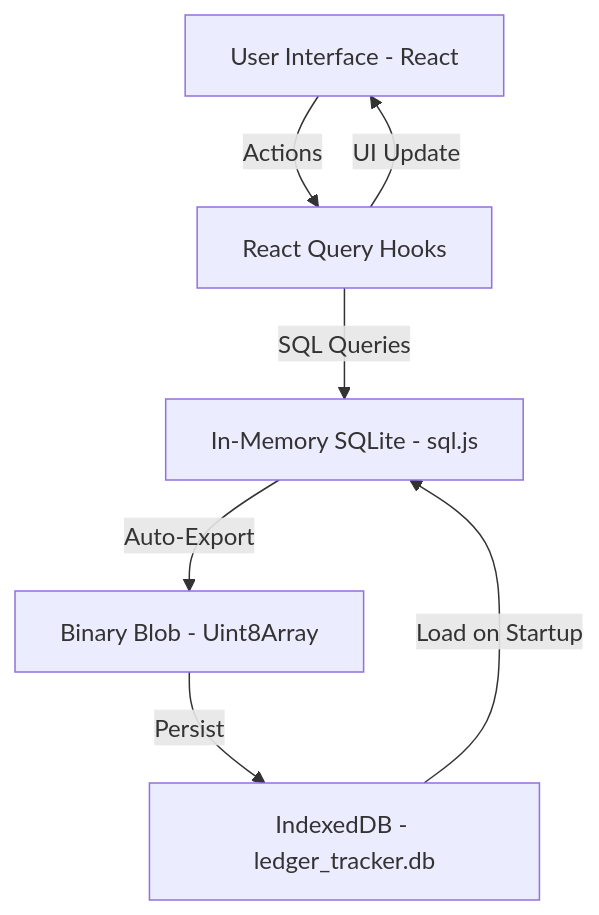
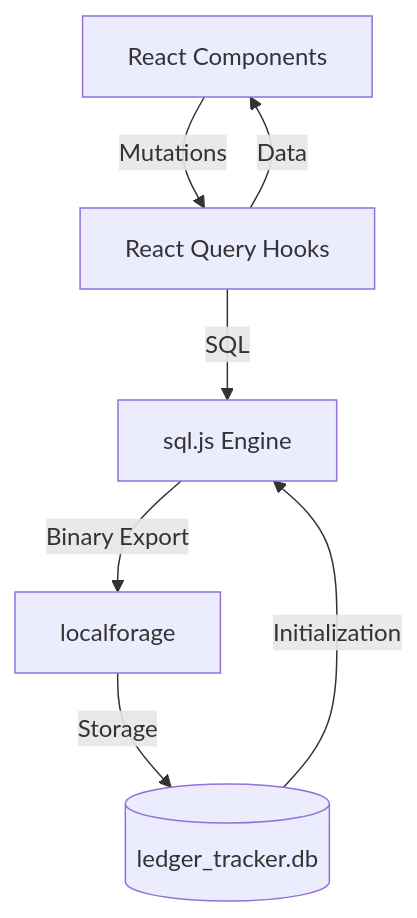
Before and after one commit to md8-habibullah/ledger-tracker: the first of 3 diagrams in README.md, drawn with Mermaid. The commit also changed other lines of this file and 1 other file, not shown here.

Commit message:
Update documentation with visual diagrams and Apache License 2.0

````diff
--- a/README.md
+++ b/README.md
@@ -38,9 +34,9 @@
 ```mermaid
 graph TD
-    A[User Interface - React] -->|Actions| B[React Query Hooks]
-    B -->|SQL Queries| C[In-Memory SQLite - sql.js]
-    C -->|Auto-Export| D[Binary Blob - Uint8Array]
-    D -->|Persist| E[IndexedDB - ledger_tracker.db]
-    E -->|Load on Startup| C
-    B -->|UI Update| A
+    UI[React Components] -->|Mutations| Hooks[React Query Hooks]
+    Hooks -->|SQL| SQL[sql.js Engine]
+    SQL -->|Binary Export| Persistence[localforage]
+    Persistence -->|Storage| DB[(ledger_tracker.db)]
+    DB -->|Initialization| SQL
+    Hooks -->|Data| UI
 ```
````
